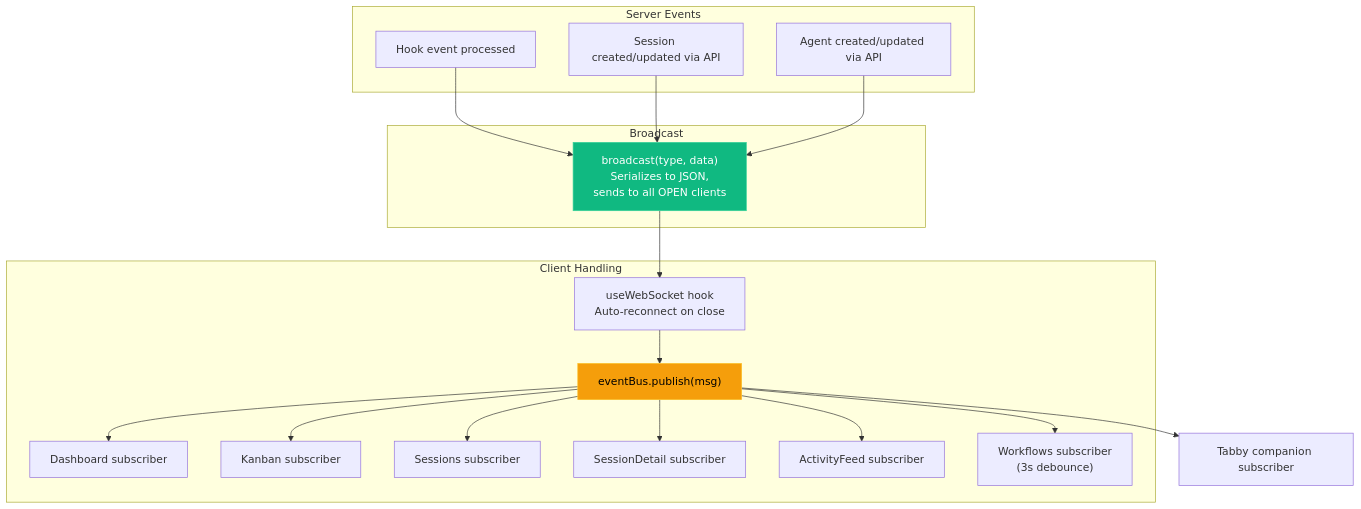
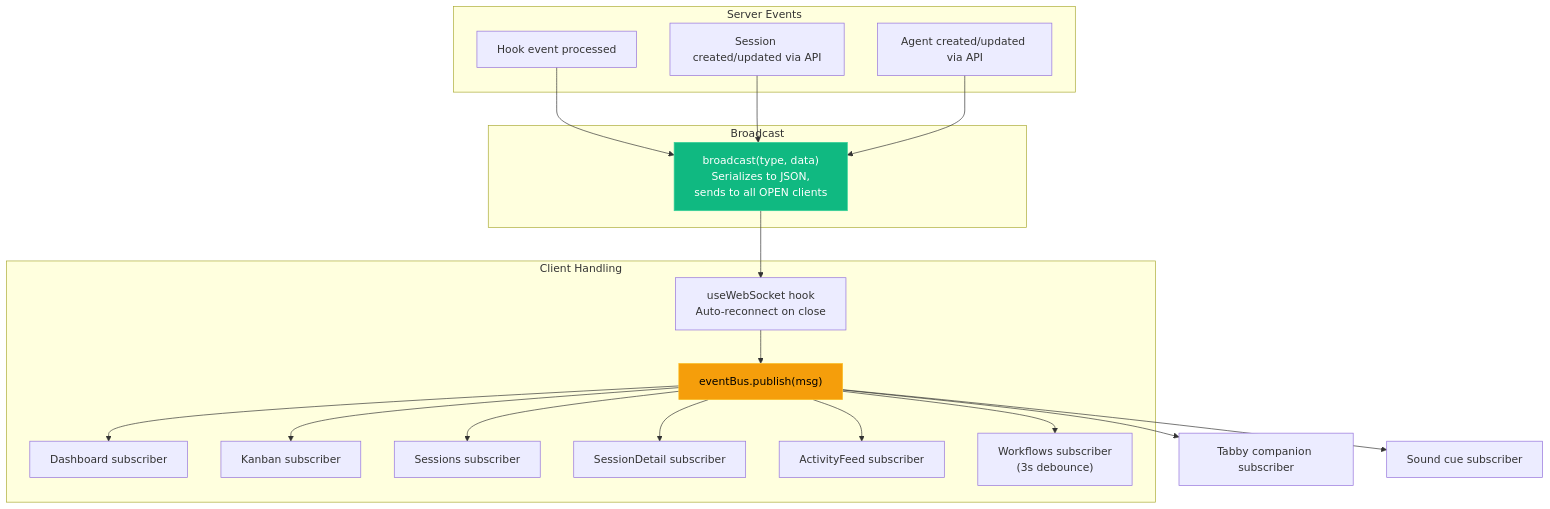
Diagram 14 of 45 in ARCHITECTURE.md (CorentinPa/Claude-Code-Agent-Monitor), drawn with Mermaid before and after one commit. The commit also changed other lines of this file and 76 other files, not shown here.

````diff
--- a/ARCHITECTURE.md
+++ b/ARCHITECTURE.md
@@ -1023,32 +1025,33 @@
 ```mermaid
 graph TD
     subgraph "Server Events"
         A[Hook event processed]
         B[Session created/updated via API]
         C[Agent created/updated via API]
     end
 
     subgraph "Broadcast"
         BC["broadcast(type, data)<br/>Serializes to JSON,<br/>sends to all OPEN clients"]
     end
 
     subgraph "Client Handling"
         WS["useWebSocket hook<br/>Auto-reconnect on close"]
         EB["eventBus.publish(msg)"]
         SUB1["Dashboard subscriber"]
         SUB2["Kanban subscriber"]
         SUB3["Sessions subscriber"]
         SUB4["SessionDetail subscriber"]
         SUB5["ActivityFeed subscriber"]
         SUB6["Workflows subscriber<br/>(3s debounce)"]
     end
 
     A & B & C --> BC
     BC --> WS
     WS --> EB
     EB --> SUB1 & SUB2 & SUB3 & SUB4 & SUB5 & SUB6
     EB --> SUB7["Tabby companion subscriber"]
+    EB --> SUB8["Sound cue subscriber"]
 
     style BC fill:#10b981,stroke:#34d399,color:#fff
     style EB fill:#f59e0b,stroke:#fbbf24,color:#000
 ```
````
